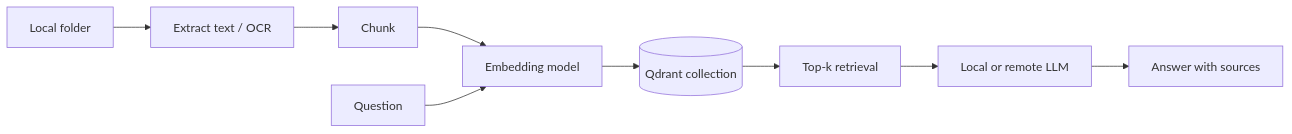
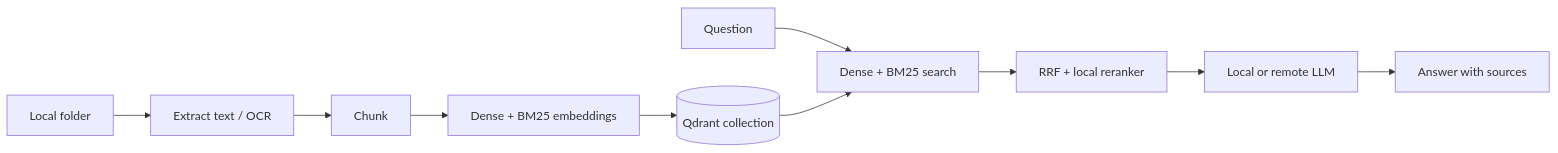
One commit to stailend/Local-RAG changed the diagram in README.md. Above: the diagram before and after it, drawn with Mermaid. The commit also changed other lines of this file and 8 other files, not shown here.

Commit message:
Add hybrid retrieval and local reranking

````diff
--- a/README.md
+++ b/README.md
@@ -20,11 +22,12 @@
 ```mermaid
 flowchart LR
     A[Local folder] --> B[Extract text / OCR]
     B --> C[Chunk]
-    C --> D[Embedding model]
+    C --> D[Dense + BM25 embeddings]
     D --> E[(Qdrant collection)]
-    Q[Question] --> D
-    E --> R[Top-k retrieval]
+    Q[Question] --> H[Dense + BM25 search]
+    E --> H
+    H --> R[RRF + local reranker]
     R --> L[Local or remote LLM]
     L --> O[Answer with sources]
 ```
````
